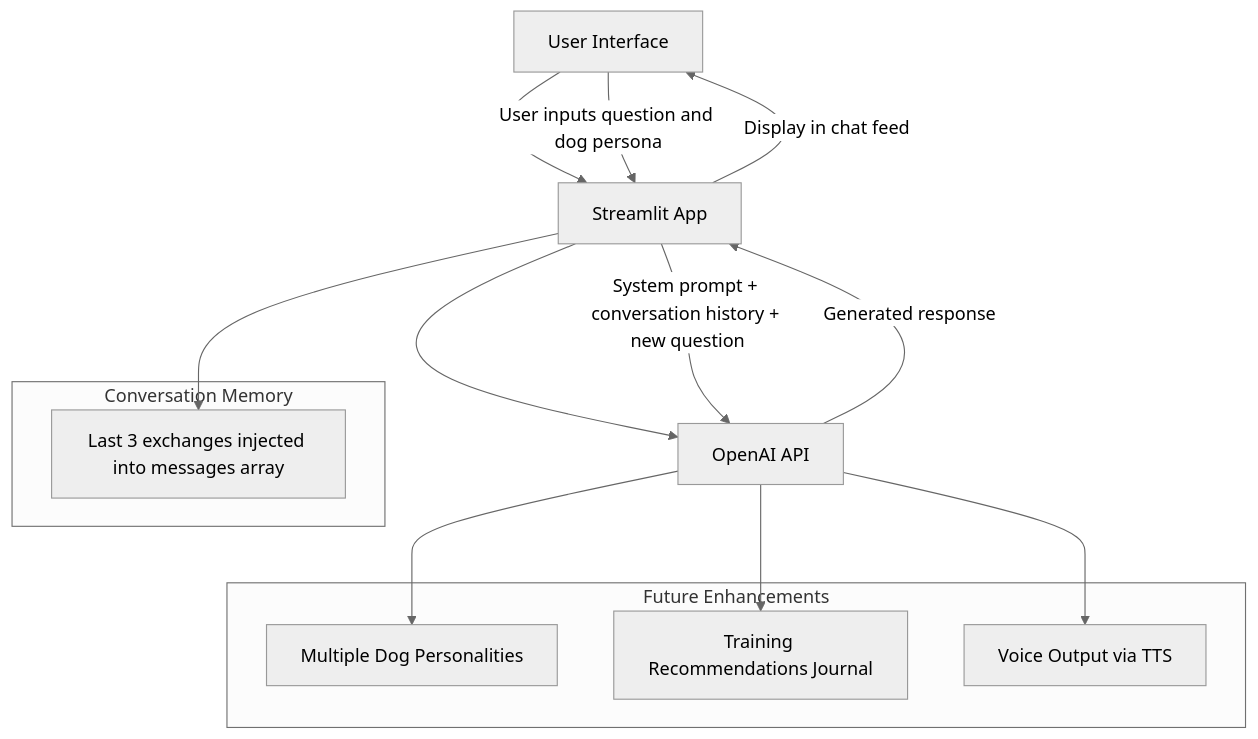
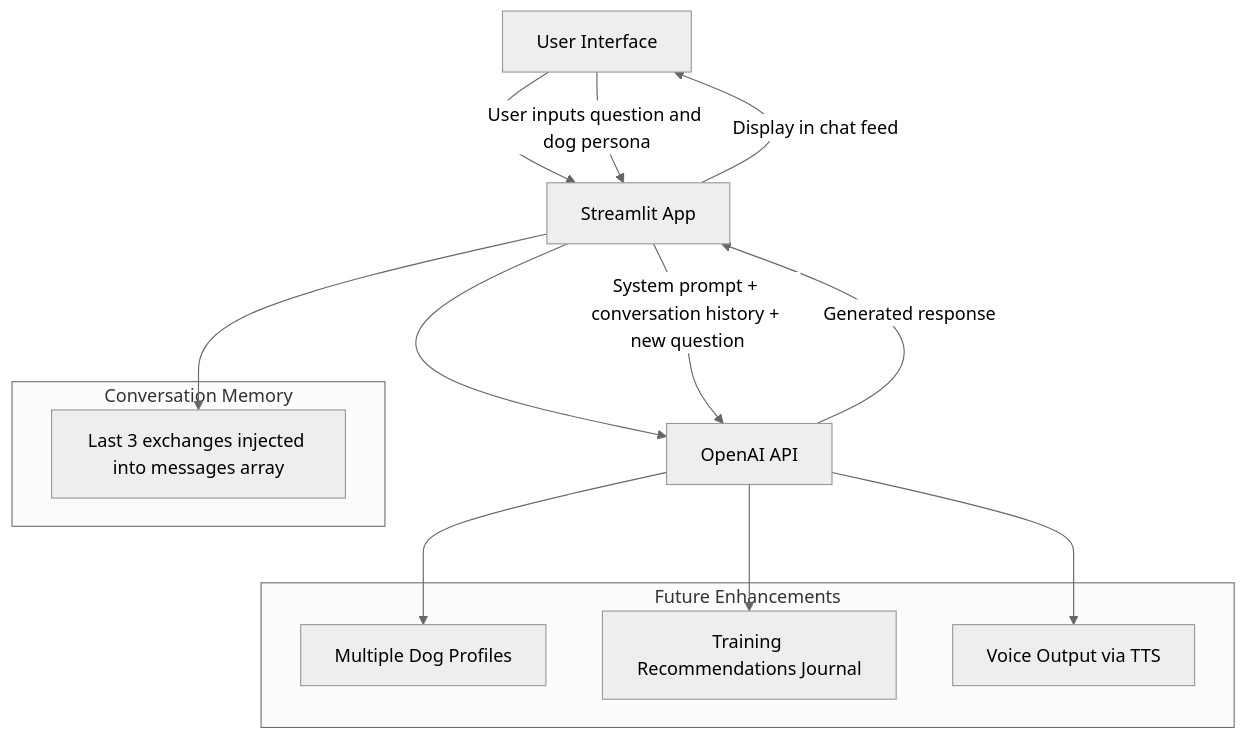
Before and after one commit to bsingley/ask-my-dog: the diagram in README.md, drawn with Mermaid (neutral theme). The commit also changed other lines of this file, not shown here.

````diff
--- a/README.md
+++ b/README.md
@@ -25,25 +28,25 @@
 ```mermaid
 flowchart TD
     UI[User Interface] --> App[Streamlit App]
     App --> AI[OpenAI API]
 
     UI -->|User inputs question and dog persona| App
     App -->|System prompt + conversation history + new question| AI
     AI -->|Generated response| App
     App -->|Display in chat feed| UI
 
     subgraph Conversation Memory
         History[Last 3 exchanges injected into messages array]
     end
 
     subgraph Future Enhancements
-        MultiDog[Multiple Dog Personalities]
+        MultiDog[Multiple Dog Profiles]
         Training[Training Recommendations Journal]
         Voice[Voice Output via TTS]
     end
 
     App --> History
     AI --> MultiDog
     AI --> Training
     AI --> Voice
 ```
````
